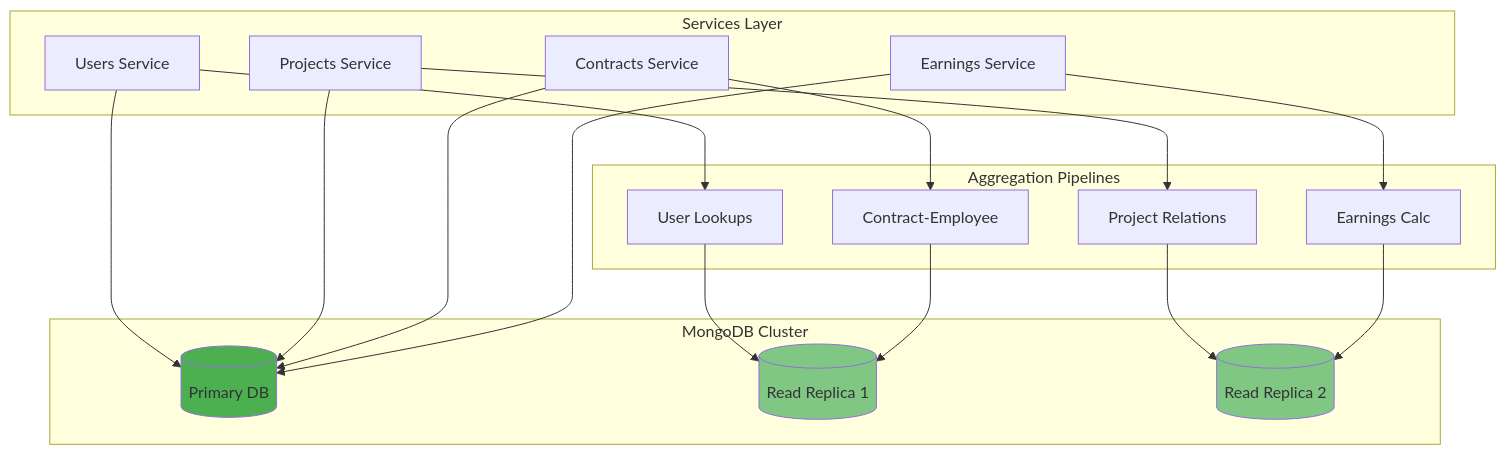
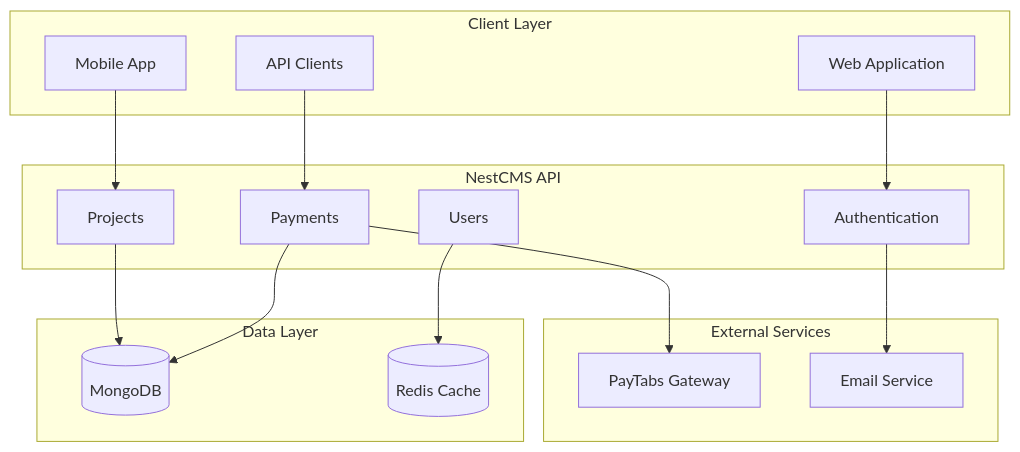
The diagram in README.md (abdoElHodaky/Nestcms), drawn with Mermaid before and after one commit. The commit also changed other lines of this file and 3 other files, not shown here.

First line of the commit message:
feat: comprehensive v2 documentation and architecture diagrams

````diff
--- a/README.md
+++ b/README.md
@@ -397,41 +175,36 @@
 ```mermaid
 graph TB
-    subgraph "Services Layer"
-        US[Users Service]
-        PS[Projects Service]
-        CS[Contracts Service]
-        ES[Earnings Service]
+    subgraph "Client Layer"
+        WEB[Web Application]
+        MOBILE[Mobile App]
+        API_CLIENT[API Clients]
     end
     
-    subgraph "Aggregation Pipelines"
-        UL[User Lookups]
-        PL[Project Relations]
-        CL[Contract-Employee]
-        EL[Earnings Calc]
+    subgraph "NestCMS API"
+        AUTH[Authentication]
+        PROJECTS[Projects]
+        PAYMENTS[Payments]
+        USERS[Users]
     end
     
-    subgraph "MongoDB Cluster"
-        Primary[(Primary DB)]
-        Replica1[(Read Replica 1)]
-        Replica2[(Read Replica 2)]
+    subgraph "External Services"
+        PAYTABS[PayTabs Gateway]
+        EMAIL[Email Service]
     end
     
-    US --> UL
-    PS --> PL
-    CS --> CL
-    ES --> EL
+    subgraph "Data Layer"
+        MONGODB[(MongoDB)]
+        REDIS[(Redis Cache)]
+    end
     
-    UL --> Replica1
-    PL --> Replica2
-    CL --> Replica1
-    EL --> Replica2
+    WEB --> AUTH
+    MOBILE --> PROJECTS
+    API_CLIENT --> PAYMENTS
     
-    US --> Primary
-    PS --> Primary
-    CS --> Primary
-    ES --> Primary
+    PAYMENTS --> PAYTABS
+    AUTH --> EMAIL
     
-    style Primary fill:#4caf50
-    style Replica1 fill:#81c784
-    style Replica2 fill:#81c784
+    PROJECTS --> MONGODB
+    PAYMENTS --> MONGODB
+    USERS --> REDIS
 ```
````
